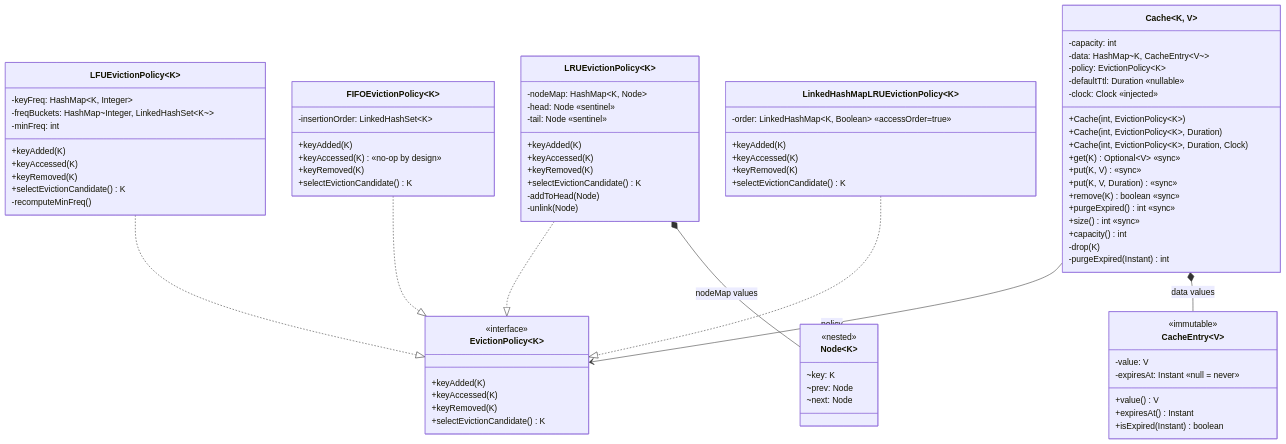
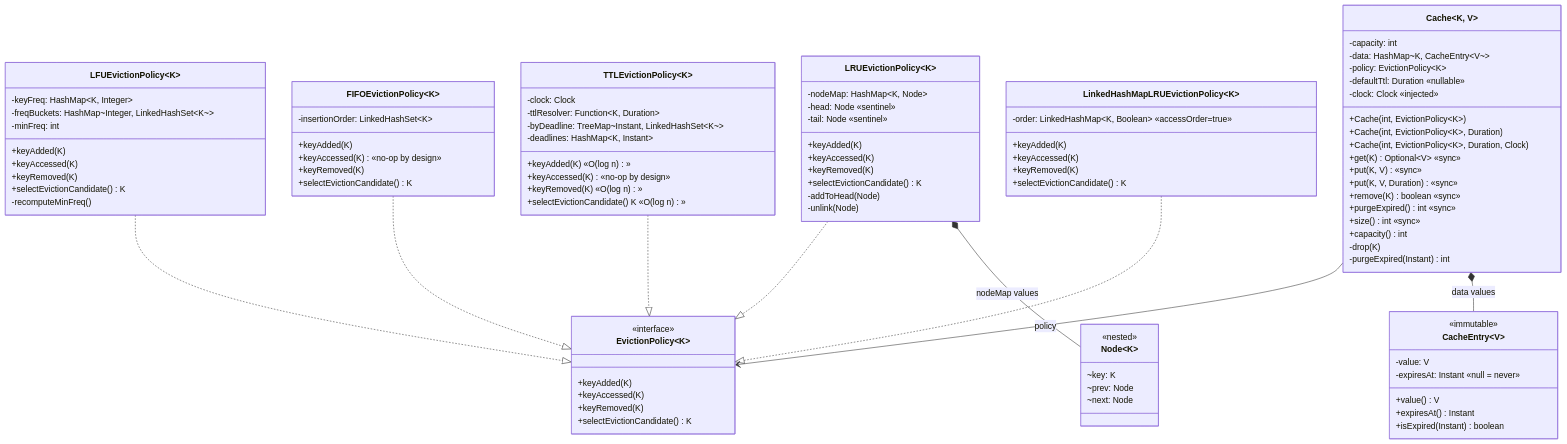
Before and after one commit to Shivam798/LLD-IQ: the diagram in lru-cache/README.md, drawn with Mermaid. The commit also changed other lines of this file and 3 other files, not shown here.

First line of the commit message:
Add TTLEvictionPolicy: evict whatever expires soonest

```diff
--- a/lru-cache/README.md
+++ b/lru-cache/README.md
@@ -160,6 +160,17 @@
         +selectEvictionCandidate() K
     }
 
+    class TTLEvictionPolicy~K~ {
+        -clock: Clock
+        -ttlResolver: Function~K, Duration~
+        -byDeadline: TreeMap~Instant, LinkedHashSet~K~~
+        -deadlines: HashMap~K, Instant~
+        +keyAdded(K) «O(log n)»
+        +keyAccessed(K) «no-op by design»
+        +keyRemoved(K) «O(log n)»
+        +selectEvictionCandidate() K «O(log n)»
+    }
+
     class FIFOEvictionPolicy~K~ {
         -insertionOrder: LinkedHashSet~K~
         +keyAdded(K)
@@ -171,6 +182,7 @@
     LRUEvictionPolicy ..|> EvictionPolicy
     LFUEvictionPolicy ..|> EvictionPolicy
     FIFOEvictionPolicy ..|> EvictionPolicy
+    TTLEvictionPolicy ..|> EvictionPolicy
     LinkedHashMapLRUEvictionPolicy ..|> EvictionPolicy
     Cache --> EvictionPolicy : policy
     Cache *-- CacheEntry : data values
```
